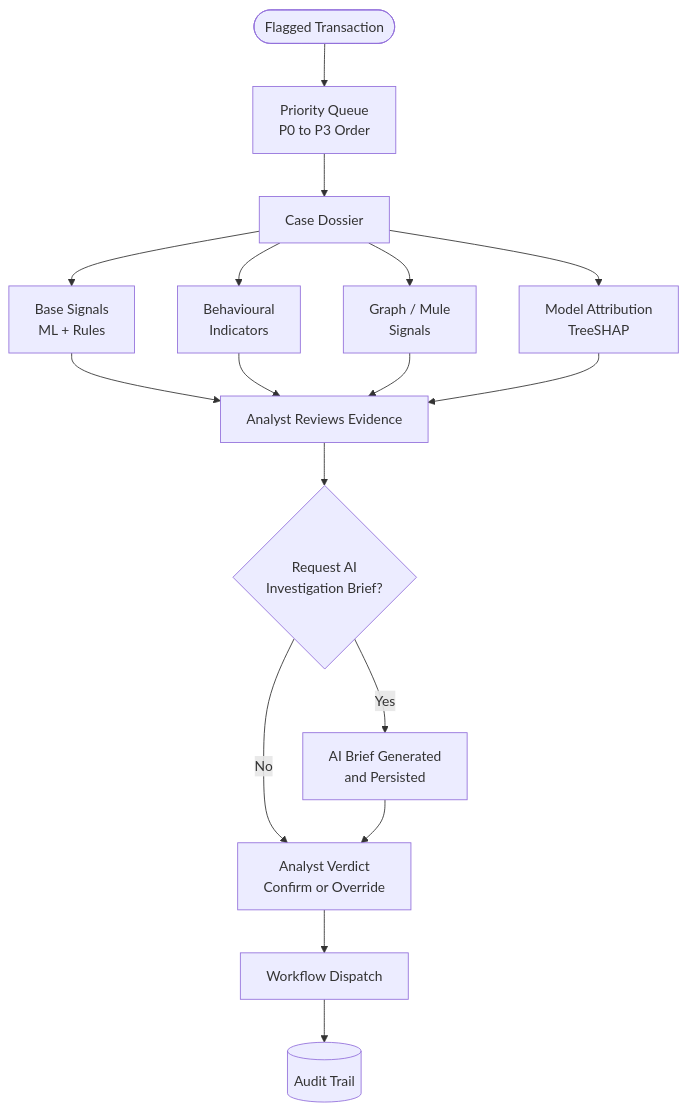
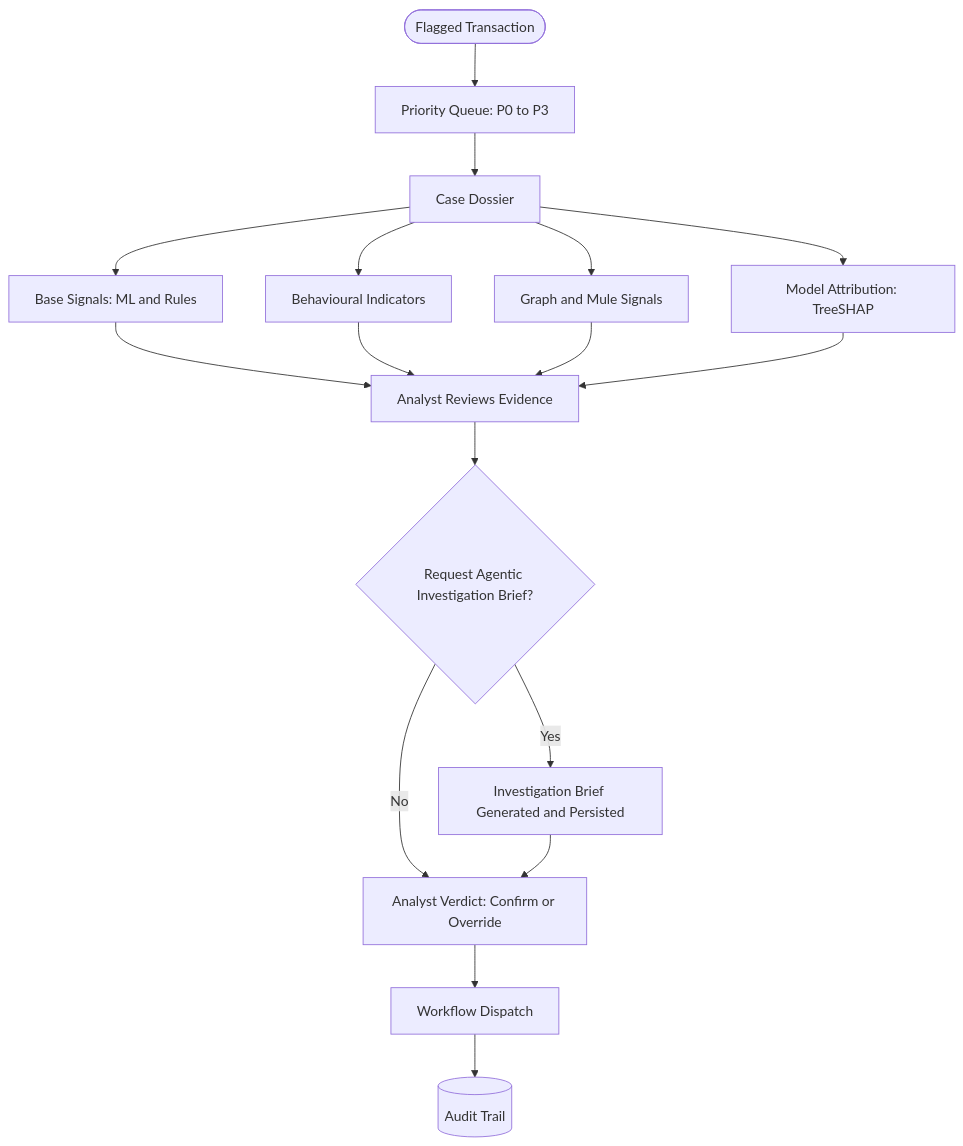
Before and after one commit to IjazKakkodDS/transaction-fraud-intelligence-console: the third of 6 diagrams in README.md, drawn with Mermaid. The commit also changed other lines of this file and 3 other files, not shown here.

````diff
--- a/README.md
+++ b/README.md
@@ -284,16 +284,16 @@
 ```mermaid
 flowchart TD
-    A([Flagged Transaction]) --> B[Priority Queue\nP0 to P3 Order]
-    B --> C[Case Dossier]
-    C --> D[Base Signals\nML + Rules]
-    C --> E[Behavioural\nIndicators]
-    C --> F[Graph / Mule\nSignals]
-    C --> G[Model Attribution\nTreeSHAP]
-    D & E & F & G --> H[Analyst Reviews Evidence]
-    H --> I{Request AI\nInvestigation Brief?}
-    I -->|Yes| J[AI Brief Generated\nand Persisted]
-    I -->|No| K[Analyst Verdict\nConfirm or Override]
+    A(["Flagged Transaction"]) --> B["Priority Queue: P0 to P3"]
+    B --> C["Case Dossier"]
+    C --> D["Base Signals: ML and Rules"]
+    C --> E["Behavioural Indicators"]
+    C --> F["Graph and Mule Signals"]
+    C --> G["Model Attribution: TreeSHAP"]
+    D & E & F & G --> H["Analyst Reviews Evidence"]
+    H --> I{"Request Agentic Investigation Brief?"}
+    I -->|Yes| J["Investigation Brief Generated and Persisted"]
+    I -->|No| K["Analyst Verdict: Confirm or Override"]
     J --> K
-    K --> L[Workflow Dispatch]
-    L --> M[(Audit Trail)]
+    K --> L["Workflow Dispatch"]
+    L --> M[("Audit Trail")]
 ```
````
